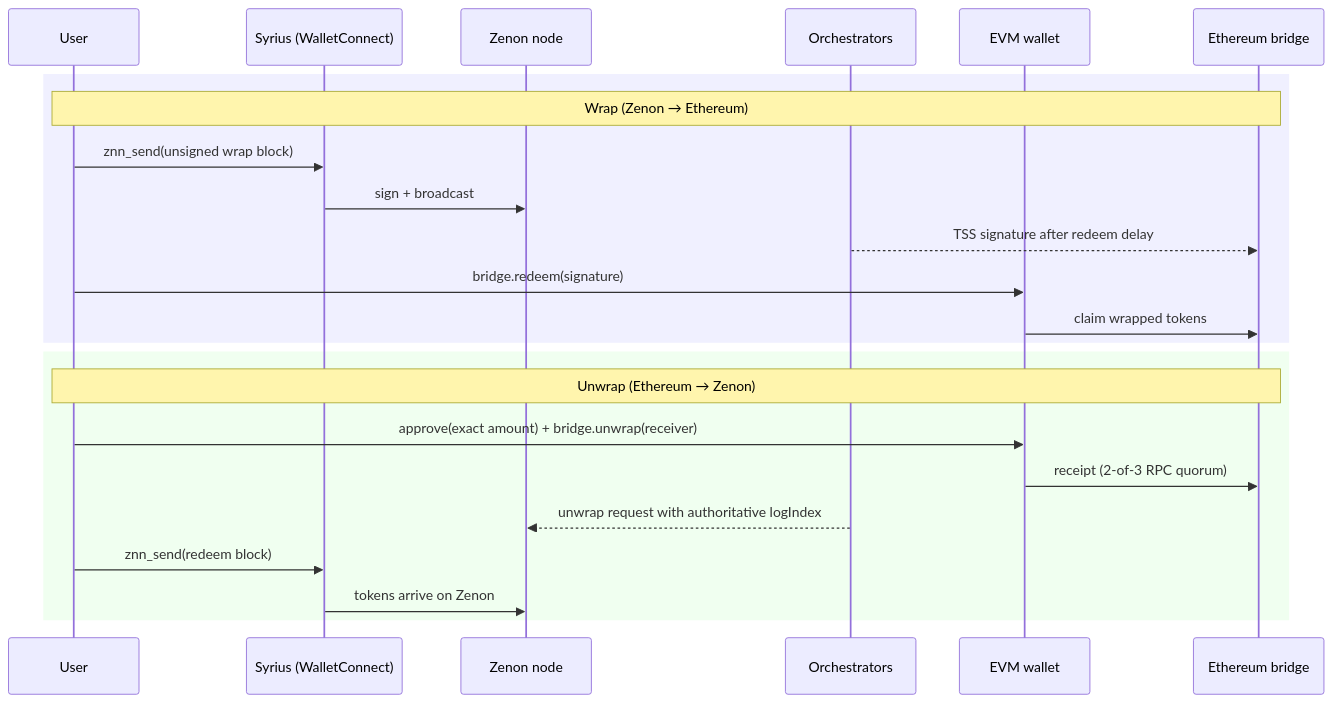
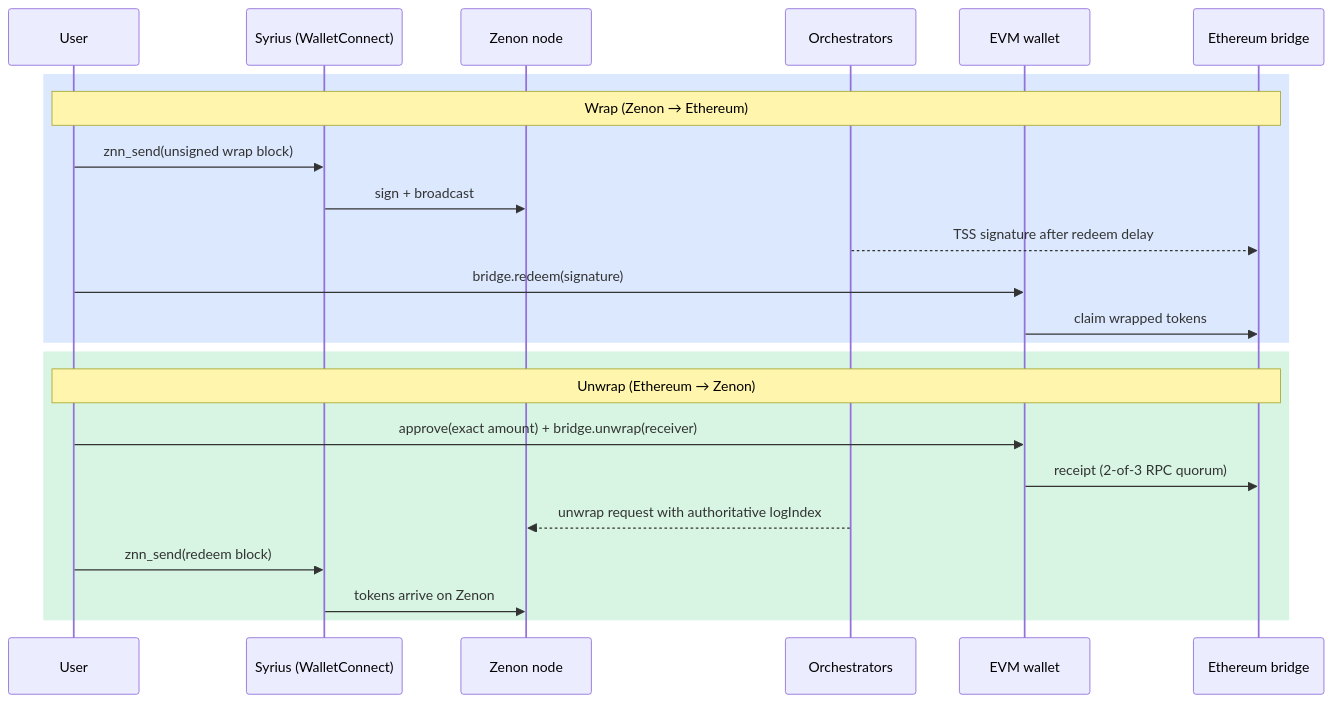
One commit to 0x3639/nom-bridge changed the diagram in README.md. Above: the diagram before and after it, drawn with Mermaid.

Commit message:
docs: use theme-safe tints for README flow diagram
The near-white rect fills were invisible in GitHub dark mode. Semi-transparent
blue/green tints render on both light and dark backgrounds.

Claude-Session: https://claude.ai/code/session_01DvHTE1QNEMoX41fiar2FAh

````diff
--- a/README.md
+++ b/README.md
@@ -22,27 +22,27 @@
 ```mermaid
 sequenceDiagram
     participant U as User
     participant S as Syrius (WalletConnect)
     participant Z as Zenon node
     participant O as Orchestrators
     participant M as EVM wallet
     participant E as Ethereum bridge
 
-    rect rgb(240,240,255)
+    rect rgba(59,130,246,0.18)
     note over U,E: Wrap (Zenon → Ethereum)
     U->>S: znn_send(unsigned wrap block)
     S->>Z: sign + broadcast
     O-->>E: TSS signature after redeem delay
     U->>M: bridge.redeem(signature)
     M->>E: claim wrapped tokens
     end
 
-    rect rgb(240,255,240)
+    rect rgba(34,197,94,0.18)
     note over U,E: Unwrap (Ethereum → Zenon)
     U->>M: approve(exact amount) + bridge.unwrap(receiver)
     M->>E: receipt (2-of-3 RPC quorum)
     O-->>Z: unwrap request with authoritative logIndex
     U->>S: znn_send(redeem block)
     S->>Z: tokens arrive on Zenon
     end
 ```
````
